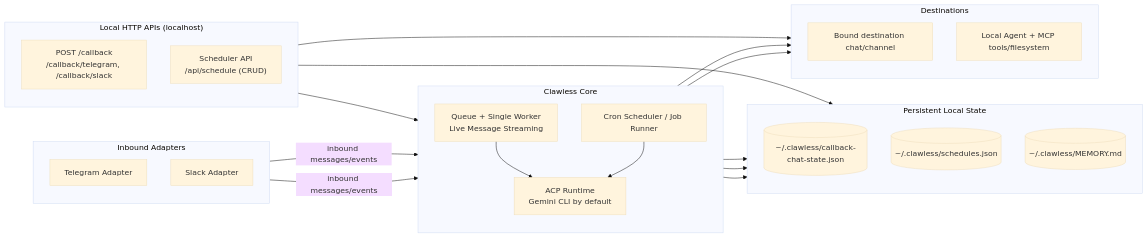
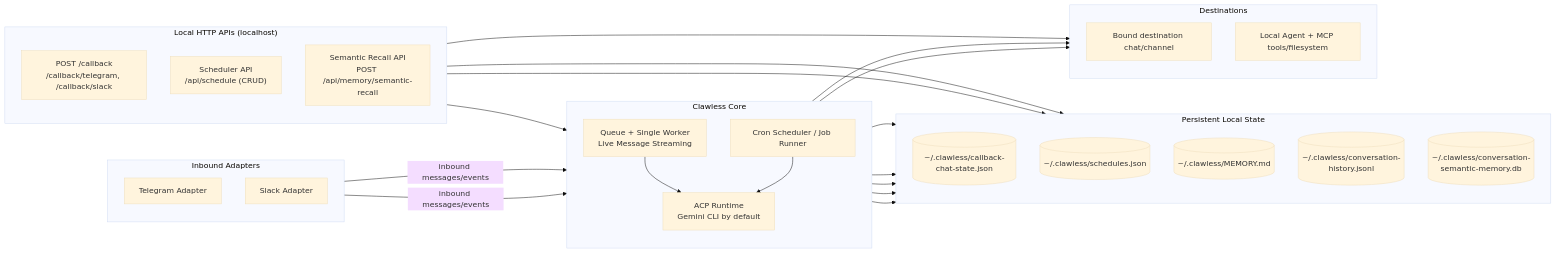
Before and after one commit to HainanZhao/AgentBridge: the diagram in README.md, drawn with Mermaid (base theme). The commit also changed other lines of this file and 6 other files, not shown here.

````diff
--- a/README.md
+++ b/README.md
@@ -50,50 +50,56 @@
 ```mermaid
 flowchart LR
   subgraph IN["Inbound Adapters"]
     direction TB
     TG[Telegram Adapter]
     SL[Slack Adapter]
   end
 
   subgraph CORE["Clawless Core"]
     direction TB
     Q["Queue + Single Worker<br/>Live Message Streaming"]
     ACP["ACP Runtime<br/>Gemini CLI by default"]
     CRON[Cron Scheduler / Job Runner]
   end
 
   subgraph API["Local HTTP APIs (localhost)"]
     direction TB
     CB["POST /callback<br/>/callback/telegram, /callback/slack"]
     SA["Scheduler API<br/>/api/schedule (CRUD)"]
+    SR["Semantic Recall API<br/>POST /api/memory/semantic-recall"]
   end
 
   subgraph STATE["Persistent Local State"]
     direction TB
     CHAT[(~/.clawless/callback-chat-state.json)]
     SCH[(~/.clawless/schedules.json)]
     MEM[(~/.clawless/MEMORY.md)]
+    HIST[(~/.clawless/conversation-history.jsonl)]
+    SEM[(~/.clawless/conversation-semantic-memory.db)]
   end
 
   subgraph OUT["Destinations"]
     direction TB
     DEST[Bound destination chat/channel]
     AGENT[Local Agent + MCP tools/filesystem]
   end
 
   TG -->|inbound messages/events| Q
   SL -->|inbound messages/events| Q
 
   Q --> ACP
   ACP --> AGENT
   ACP --> MEM
+  Q --> HIST
 
   SA --> CRON
   CRON --> ACP
   CRON --> SCH
+  ACP --> SEM
+  SR --> SEM
 
   CB --> CHAT
   CB --> DEST
   Q --> CHAT
   Q --> DEST
 ```
````
